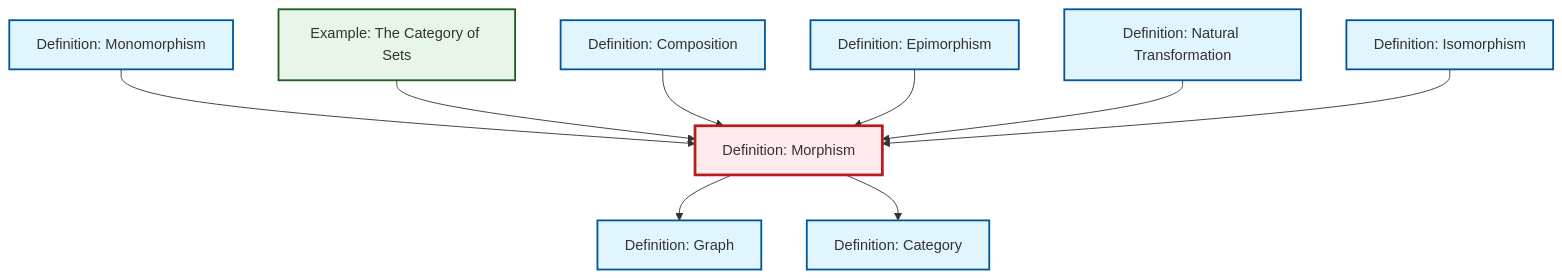
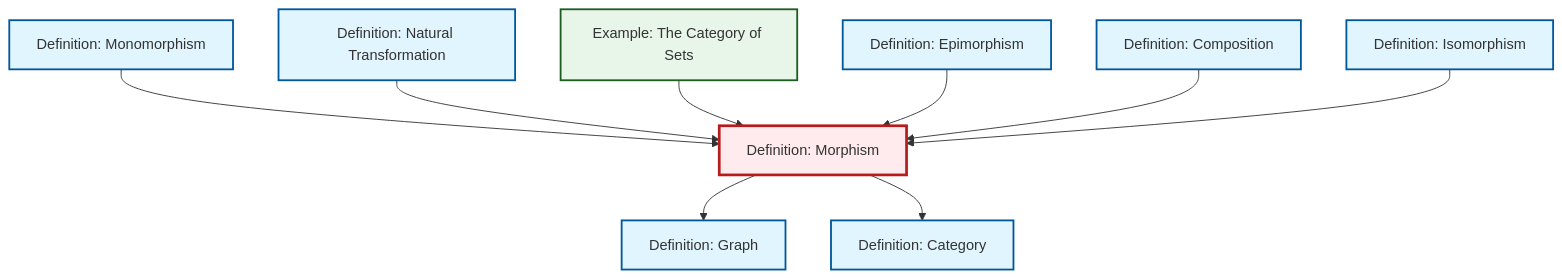
The diagram in content/en/category-theory/def-morphism.qmd (RK0429/ModernMath), drawn with Mermaid before and after one commit. The commit also changed other lines of this file and 672 other files, not shown here.

````diff
--- a/content/en/category-theory/def-morphism.qmd
+++ b/content/en/category-theory/def-morphism.qmd
@@ -56,35 +56,35 @@
 ```{mermaid}
 %%| fig-cap: "Local dependency graph"
 graph TD
     classDef definition fill:#e1f5fe,stroke:#01579b,stroke-width:2px
     classDef theorem fill:#f3e5f5,stroke:#4a148c,stroke-width:2px
     classDef axiom fill:#fff3e0,stroke:#e65100,stroke-width:2px
     classDef example fill:#e8f5e9,stroke:#1b5e20,stroke-width:2px
     classDef current fill:#ffebee,stroke:#b71c1c,stroke-width:3px
+    ex-set-category["Example: The Category of Sets"]:::example
     def-natural-transformation["Definition: Natural Transformation"]:::definition
+    def-morphism["Definition: Morphism"]:::definition
     def-isomorphism["Definition: Isomorphism"]:::definition
+    def-epimorphism["Definition: Epimorphism"]:::definition
     def-composition["Definition: Composition"]:::definition
     def-category["Definition: Category"]:::definition
+    def-monomorphism["Definition: Monomorphism"]:::definition
     def-graph["Definition: Graph"]:::definition
-    def-monomorphism["Definition: Monomorphism"]:::definition
-    def-morphism["Definition: Morphism"]:::definition
-    ex-set-category["Example: The Category of Sets"]:::example
-    def-epimorphism["Definition: Epimorphism"]:::definition
     def-monomorphism --> def-morphism
+    def-natural-transformation --> def-morphism
+    def-morphism --> def-graph
     ex-set-category --> def-morphism
+    def-epimorphism --> def-morphism
     def-composition --> def-morphism
-    def-morphism --> def-graph
+    def-isomorphism --> def-morphism
     def-morphism --> def-category
-    def-epimorphism --> def-morphism
-    def-natural-transformation --> def-morphism
-    def-isomorphism --> def-morphism
     class def-morphism current
+    click ex-set-category "ex-set-category.html" "Go to The Category of Sets example"
     click def-natural-transformation "def-natural-transformation.html" "Go to Natural Transformation definition"
     click def-isomorphism "def-isomorphism.html" "Go to Isomorphism definition"
+    click def-epimorphism "def-epimorphism.html" "Go to Epimorphism definition"
     click def-composition "def-composition.html" "Go to Composition definition"
     click def-category "def-category.html" "Go to Category definition"
+    click def-monomorphism "def-monomorphism.html" "Go to Monomorphism definition"
     click def-graph "def-graph.html" "Go to Graph definition"
-    click def-monomorphism "def-monomorphism.html" "Go to Monomorphism definition"
-    click ex-set-category "ex-set-category.html" "Go to The Category of Sets example"
-    click def-epimorphism "def-epimorphism.html" "Go to Epimorphism definition"
 ```
````
